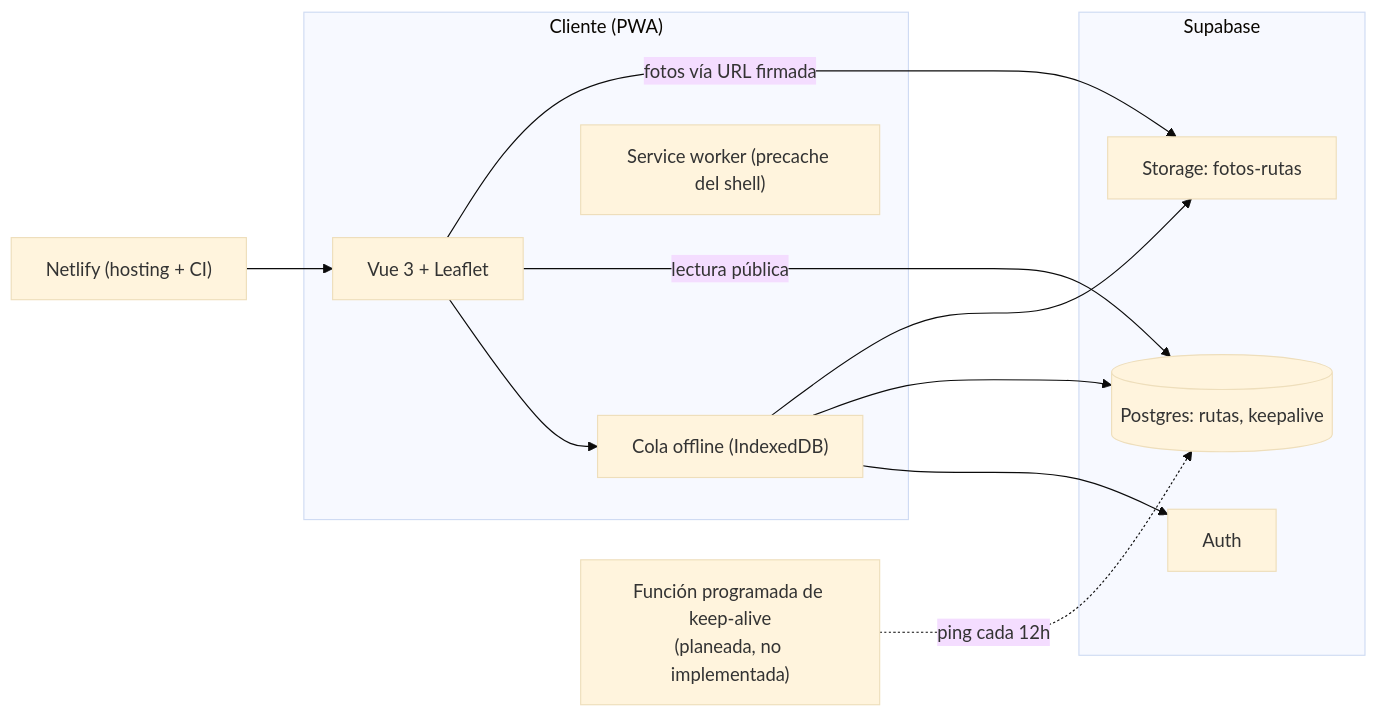
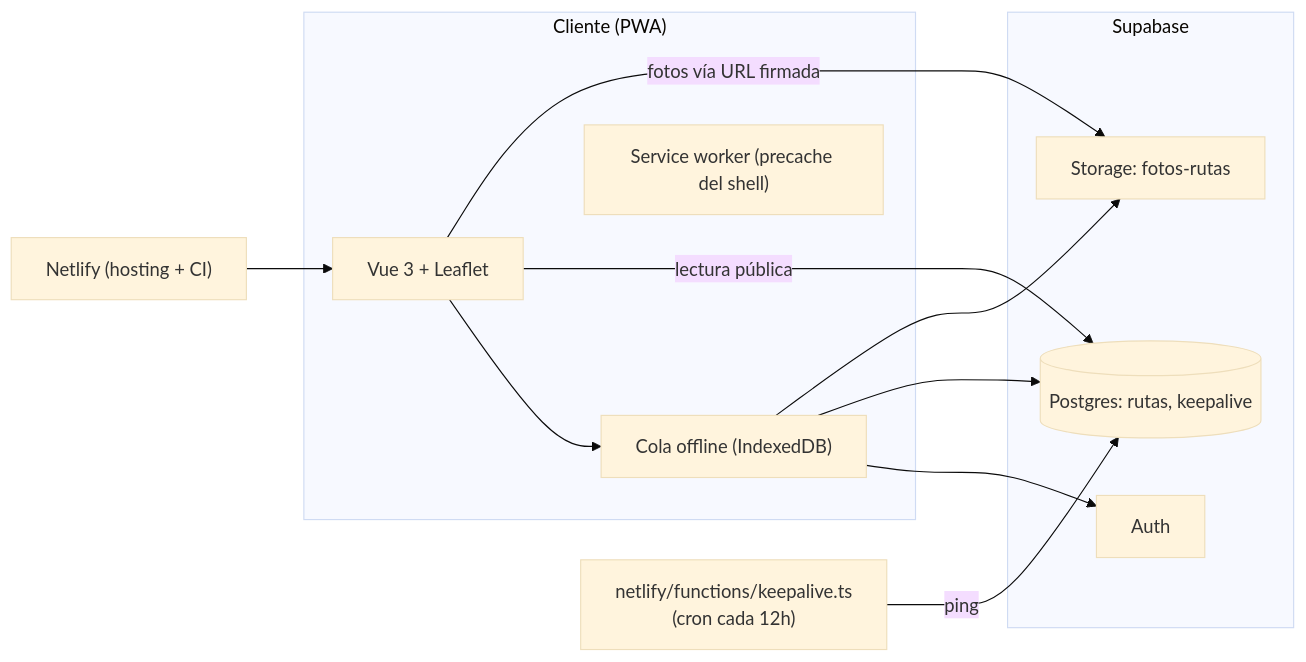
One commit to Rubenesky/Rutacora changed the diagram in README.md. Above: the diagram before and after it, drawn with Mermaid (base theme). The commit also changed other lines of this file and 10 other files, not shown here.

````diff
--- a/README.md
+++ b/README.md
@@ -46,26 +48,26 @@
 ```mermaid
 flowchart LR
   subgraph Cliente["Cliente (PWA)"]
     UI["Vue 3 + Leaflet"]
     Cola["Cola offline (IndexedDB)"]
     SW["Service worker (precache del shell)"]
   end
 
   subgraph Supabase
     Auth["Auth"]
     DB[("Postgres: rutas, keepalive")]
     Storage["Storage: fotos-rutas"]
   end
 
   Netlify["Netlify (hosting + CI)"]
-  KeepAlive["Función programada de keep-alive\n(planeada, no implementada)"]
+  KeepAlive["netlify/functions/keepalive.ts\n(cron cada 12h)"]
 
   UI --> Cola
   Cola --> Auth
   Cola --> DB
   Cola --> Storage
   UI -- "lectura pública" --> DB
   UI -- "fotos vía URL firmada" --> Storage
   Netlify --> UI
-  KeepAlive -. "ping cada 12h" .-> DB
+  KeepAlive -- "ping" --> DB
 ```
````
